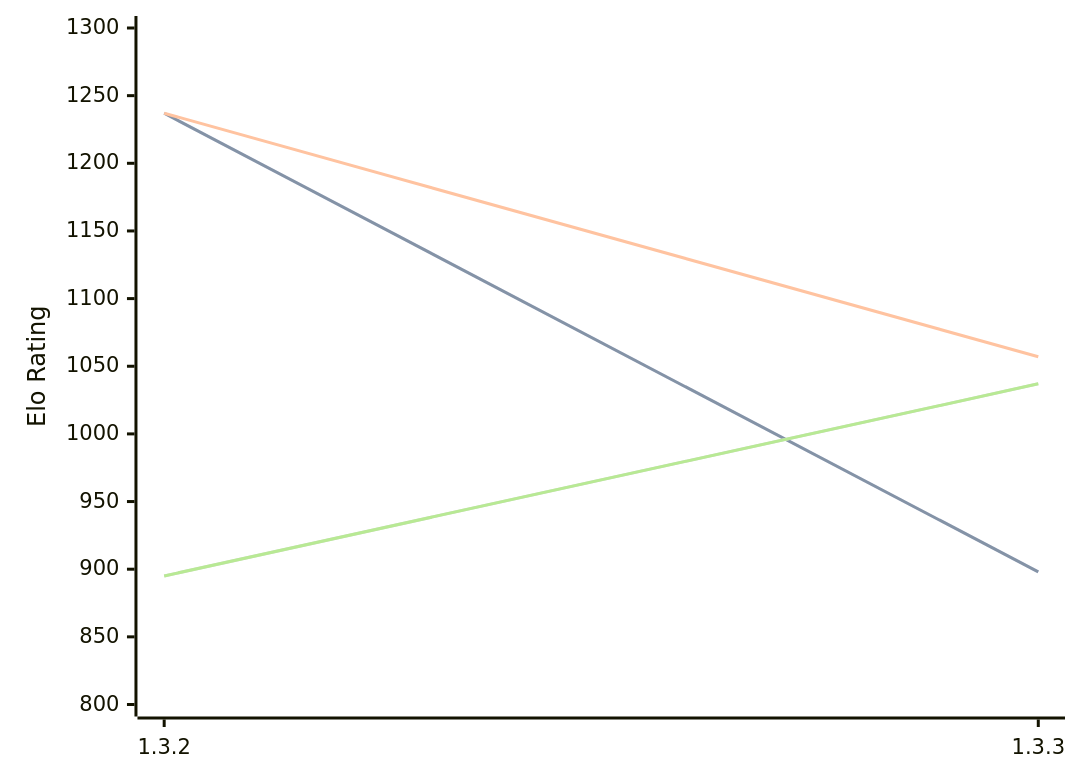
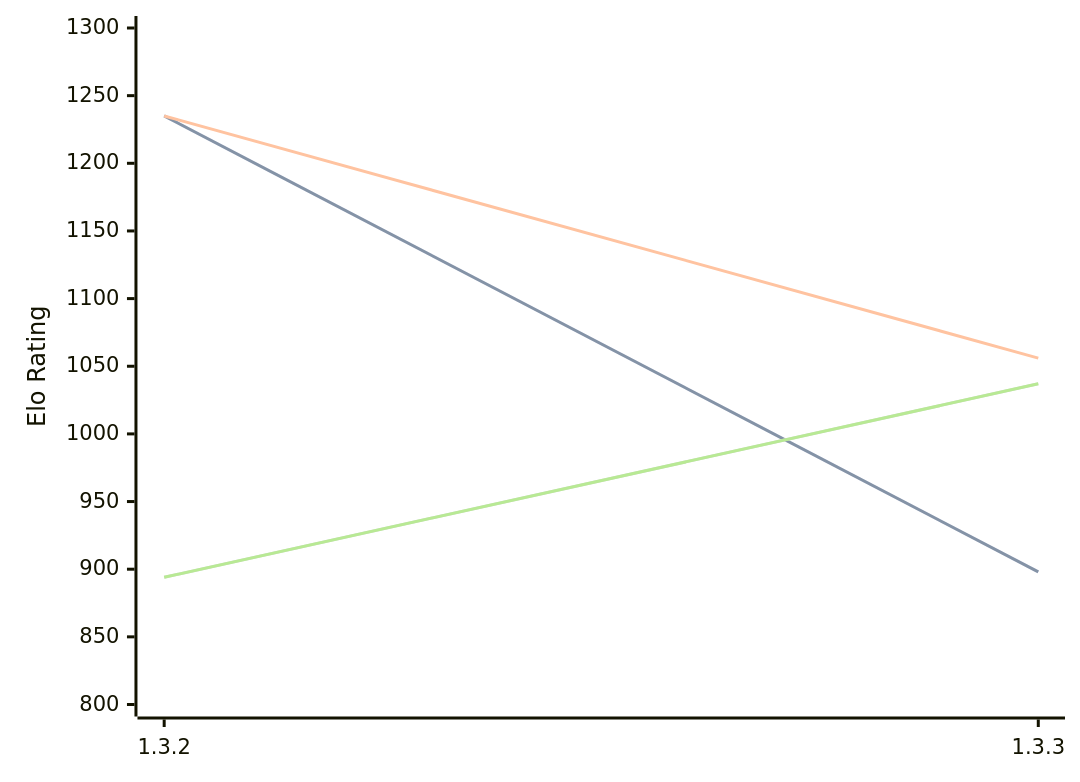
The diagram in engines/Whitespine.md (computer-chess-index/cci), drawn with Mermaid before and after one commit. The commit also changed other lines of this file, not shown here.

Commit message:
Update CCI Ratings (ELO VLTC) - 2026-04-17

````diff
--- a/engines/Whitespine.md
+++ b/engines/Whitespine.md
@@ -35,11 +35,11 @@
 ```mermaid
 %%{init: {"theme":"base","themeVariables":{"seriesColors:['#a3a3a3','#222221','#faa371']}}}%%
 xychart-beta
   x-axis ["1.3.2", "1.3.3"]
   y-axis "Elo Rating" 800 --> 1300
-  line "STC (8.0+0.08s)" [1237, 898]
-  line "STC (8.0+0.08s)" [1237, 898]
-  line "LTC (60.0+0.60s)" [1237, 1057]
-  line "VLTC (2m24s+1.12s)" [895, 1037]
-  line "VLTC (2m24s+1.12s)" [895, 1037]
+  line "STC (8.0+0.08s)" [1235, 898]
+  line "STC (8.0+0.08s)" [1235, 898]
+  line "LTC (60.0+0.60s)" [1235, 1056]
+  line "VLTC (2m24s+1.12s)" [894, 1037]
+  line "VLTC (2m24s+1.12s)" [894, 1037]
 ```
````
